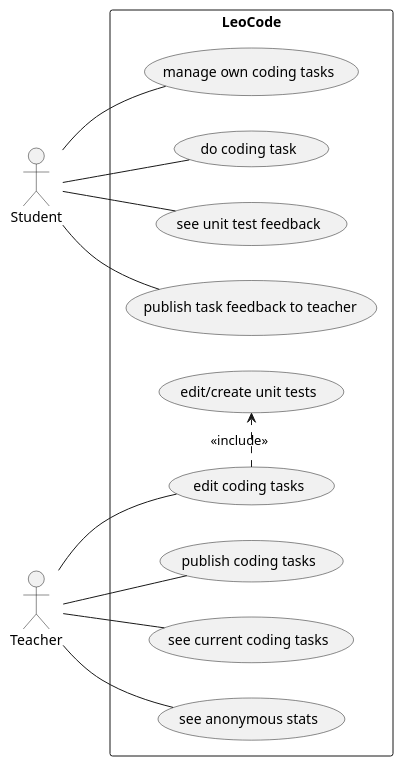
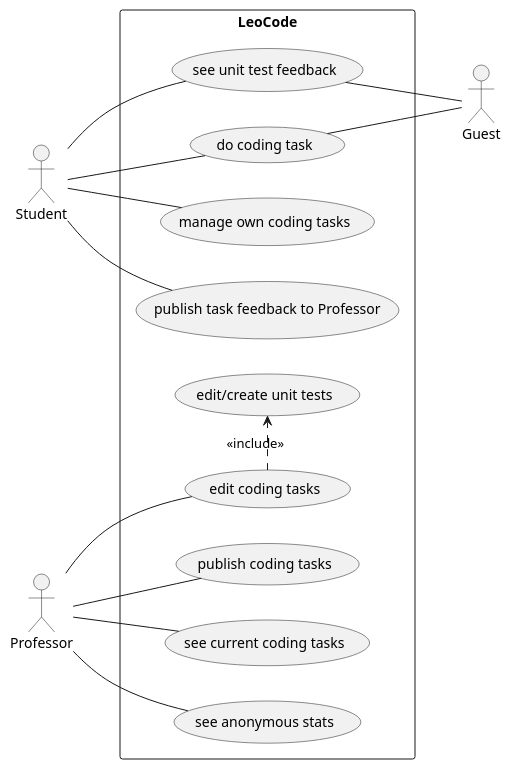
One commit to htl-leonding-project/leo-code changed the first of 2 diagrams in asciidocs/system-specification.adoc. Above: the diagram before and after it, drawn with PlantUML. The commit also changed other lines of this file, not shown here.

Commit message:
#10 added Guest UseCase

```diff
--- a/asciidocs/system-specification.adoc
+++ b/asciidocs/system-specification.adoc
@@ -52,25 +52,29 @@
 [plantuml]
 ----
 
 @startuml
 
 left to right direction
 :Student:
-:Teacher:
+:Professor:
+:Guest:
 rectangle LeoCode{
 
-Teacher -- (publish coding tasks)
-Teacher -- (see current coding tasks)
-Teacher -- (edit coding tasks)
-Teacher -- (see anonymous stats)
+Professor -- (publish coding tasks)
+Professor -- (see current coding tasks)
+Professor -- (edit coding tasks)
+Professor -- (see anonymous stats)
 (edit coding tasks) .> (edit/create unit tests) : <<include>>
+
+Guest -up- (do coding task)
+Guest -up- (see unit test feedback)
 
 Student -- (manage own coding tasks)
 Student -- (do coding task)
 Student -- (see unit test feedback)
-Student -- (publish task feedback to teacher)
+Student -- (publish task feedback to Professor)
 
 }
 
 @enduml
 ----
```
